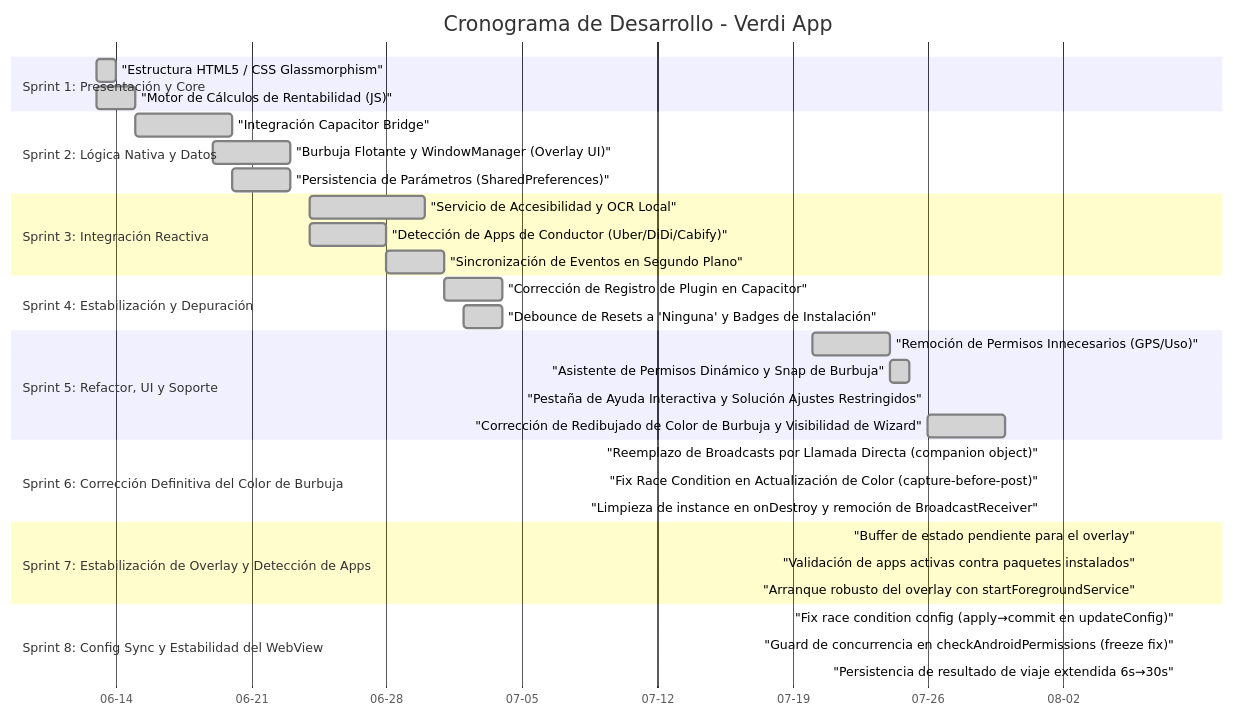
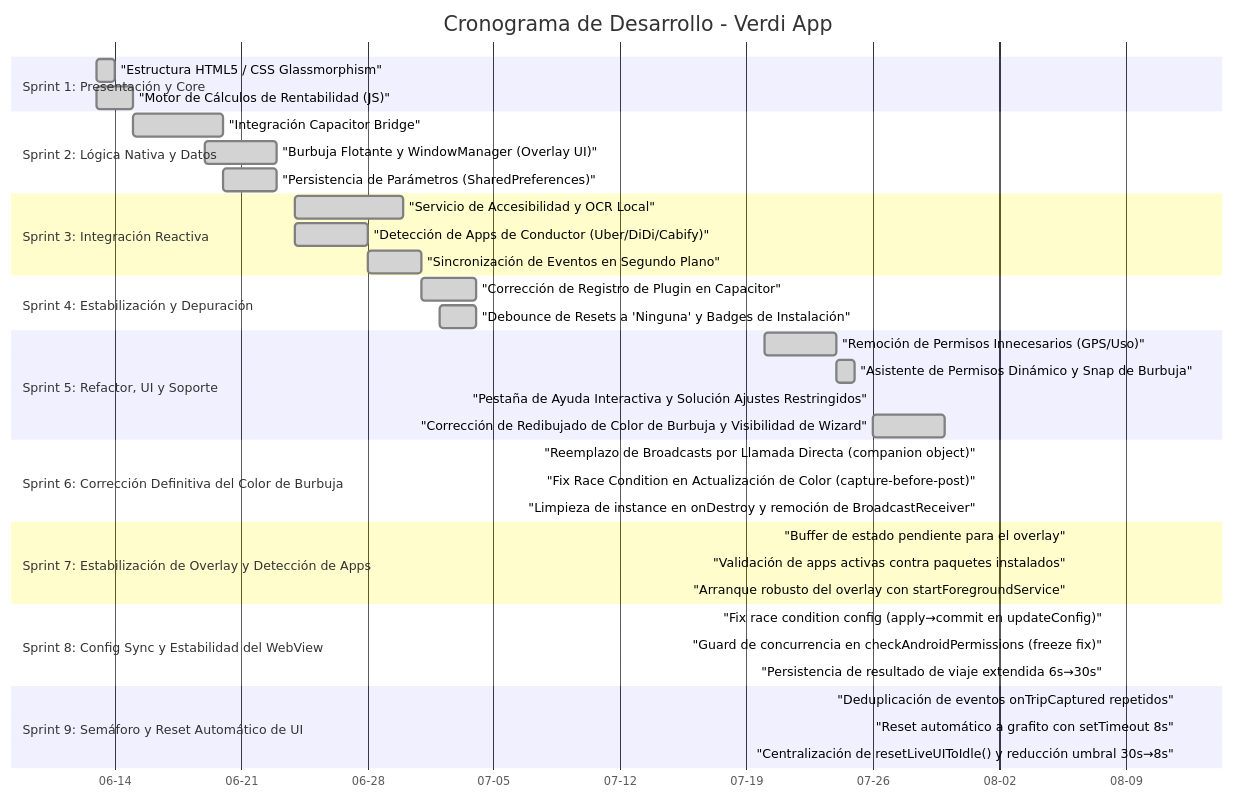
The diagram in CRONOGRAMA_DESARROLLO.md (JorgeFreire95/Verdi), drawn with Mermaid before and after one commit. The commit also changed other lines of this file, not shown here.

````diff
--- a/CRONOGRAMA_DESARROLLO.md
+++ b/CRONOGRAMA_DESARROLLO.md
@@ -11,45 +11,50 @@
 ```mermaid
 gantt
     title Cronograma de Desarrollo - Verdi App
     dateFormat  YYYY-MM-DD
     axisFormat  %m-%d
     
     section Sprint 1: Presentación y Core
     "Estructura HTML5 / CSS Glassmorphism" :done, s1a, 2026-06-13, 2026-06-14
     "Motor de Cálculos de Rentabilidad (JS)" :done, s1b, 2026-06-13, 2026-06-15
     
     section Sprint 2: Lógica Nativa y Datos
     "Integración Capacitor Bridge" :done, s2a, 2026-06-15, 2026-06-20
     "Burbuja Flotante y WindowManager (Overlay UI)" :done, s2b, 2026-06-19, 2026-06-23
     "Persistencia de Parámetros (SharedPreferences)" :done, s2c, 2026-06-20, 2026-06-23
     
     section Sprint 3: Integración Reactiva
     "Servicio de Accesibilidad y OCR Local" :done, s3a, 2026-06-24, 2026-06-30
     "Detección de Apps de Conductor (Uber/DiDi/Cabify)" :done, s3b, 2026-06-24, 2026-06-28
     "Sincronización de Eventos en Segundo Plano" :done, s3c, 2026-06-28, 2026-07-01
     
     section Sprint 4: Estabilización y Depuración
     "Corrección de Registro de Plugin en Capacitor" :done, s4a, 2026-07-01, 2026-07-04
     "Debounce de Resets a 'Ninguna' y Badges de Instalación" :done, s4b, 2026-07-02, 2026-07-04
     
     section Sprint 5: Refactor, UI y Soporte
     "Remoción de Permisos Innecesarios (GPS/Uso)" :done, s5a, 2026-07-20, 2026-07-24
     "Asistente de Permisos Dinámico y Snap de Burbuja" :done, s5b, 2026-07-24, 2026-07-25
     "Pestaña de Ayuda Interactiva y Solución Ajustes Restringidos" :done, s5c, 2026-07-26, 2026-07-26
     "Corrección de Redibujado de Color de Burbuja y Visibilidad de Wizard" :done, s5d, 2026-07-26, 2026-07-30
     
     section Sprint 6: Corrección Definitiva del Color de Burbuja
     "Reemplazo de Broadcasts por Llamada Directa (companion object)" :done, s6a, 2026-08-01, 2026-08-01
     "Fix Race Condition en Actualización de Color (capture-before-post)" :done, s6b, 2026-08-01, 2026-08-01
     "Limpieza de instance en onDestroy y remoción de BroadcastReceiver" :done, s6c, 2026-08-01, 2026-08-01
 
     section Sprint 7: Estabilización de Overlay y Detección de Apps
     "Buffer de estado pendiente para el overlay" :done, s7a, 2026-08-06, 2026-08-06
     "Validación de apps activas contra paquetes instalados" :done, s7b, 2026-08-06, 2026-08-06
     "Arranque robusto del overlay con startForegroundService" :done, s7c, 2026-08-06, 2026-08-06
 
     section Sprint 8: Config Sync y Estabilidad del WebView
     "Fix race condition config (apply→commit en updateConfig)" :done, s8a, 2026-08-08, 2026-08-08
     "Guard de concurrencia en checkAndroidPermissions (freeze fix)" :done, s8b, 2026-08-08, 2026-08-08
     "Persistencia de resultado de viaje extendida 6s→30s" :done, s8c, 2026-08-08, 2026-08-08
+
+    section Sprint 9: Semáforo y Reset Automático de UI
+    "Deduplicación de eventos onTripCaptured repetidos" :done, s9a, 2026-08-12, 2026-08-12
+    "Reset automático a grafito con setTimeout 8s" :done, s9b, 2026-08-12, 2026-08-12
+    "Centralización de resetLiveUIToIdle() y reducción umbral 30s→8s" :done, s9c, 2026-08-12, 2026-08-12
 ```
````
